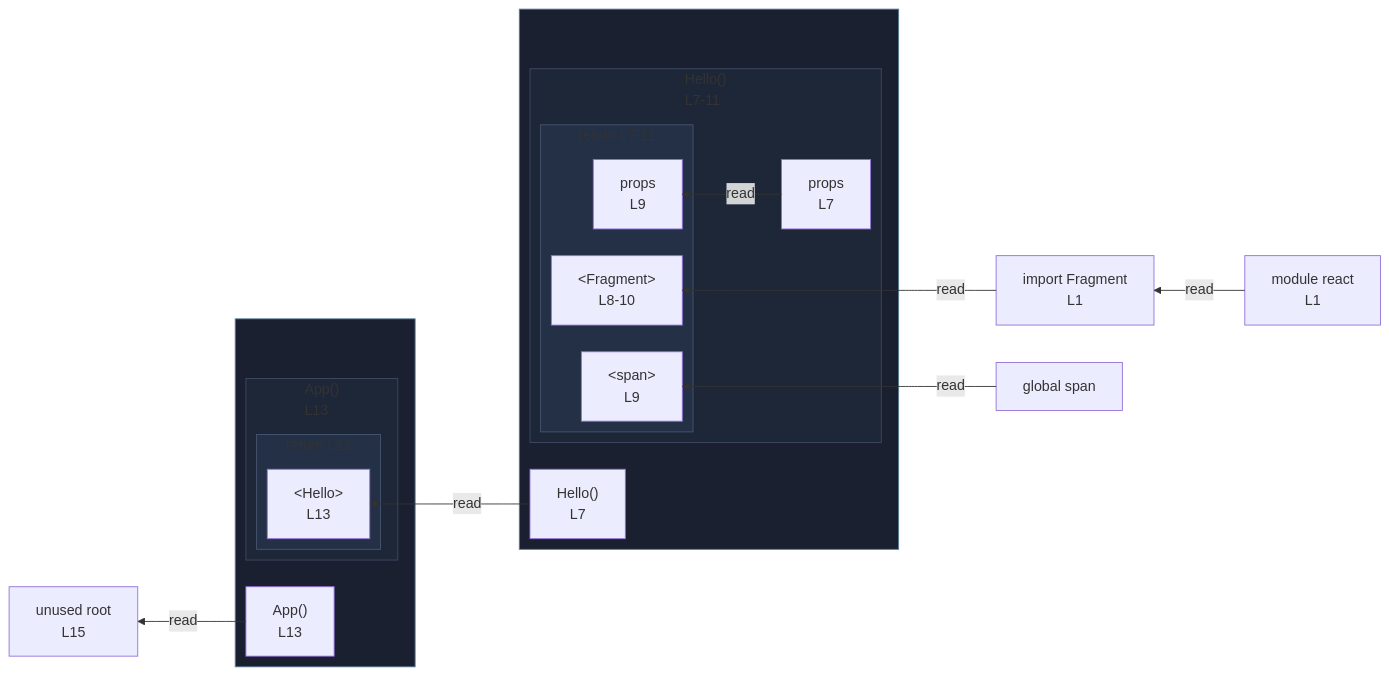
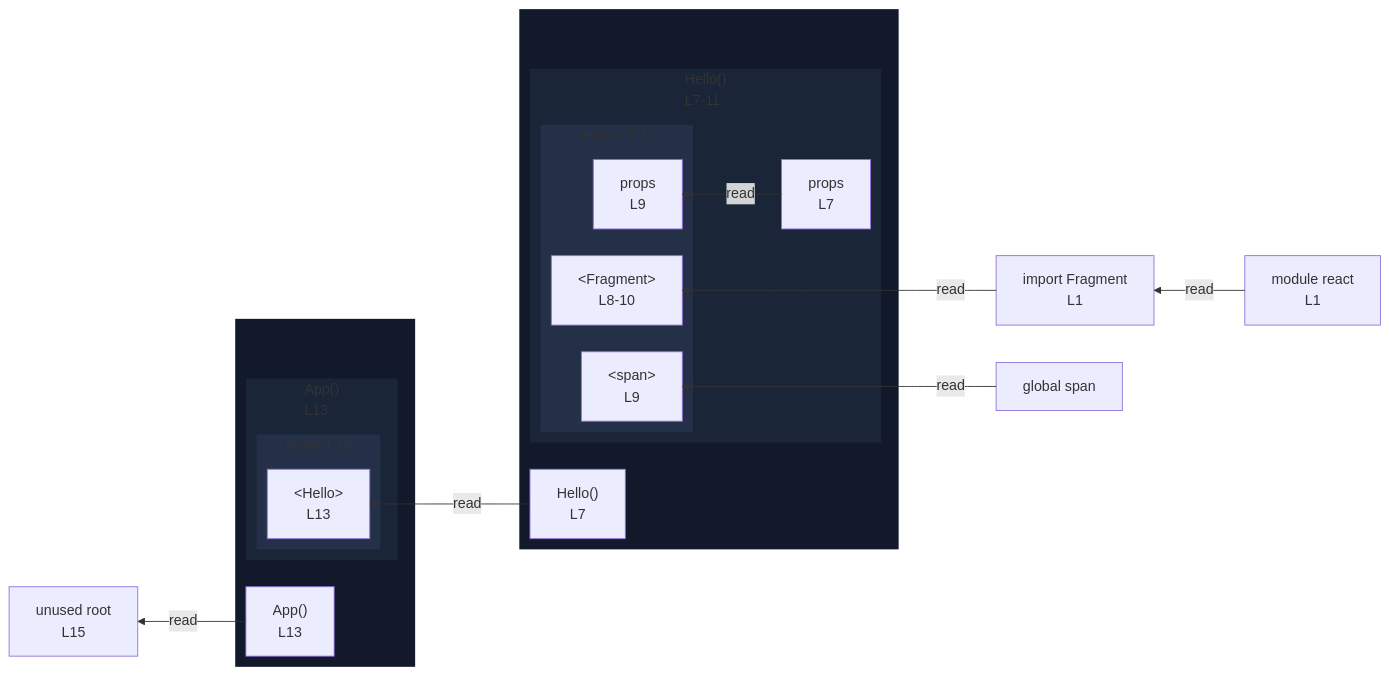
The diagram in integration/fixtures/jsx/component/preview.md (crescware/unsnarl), drawn with Mermaid before and after one commit. The commit also changed 263 other files, not shown here.

First line of the commit message:
Drop fnWrap class and color function wrappers via the nest palette

````diff
--- a/integration/fixtures/jsx/component/preview.md
+++ b/integration/fixtures/jsx/component/preview.md
@@ -25,48 +25,48 @@
 ```mermaid
 %%{init: {"flowchart": {"defaultRenderer": "elk"}}}%%
 flowchart RL
   n_scope_0_Fragment_9["import Fragment<br/>L1"]
   n_scope_0_root_237["unused root<br/>L15"]
   n_scope_0_span_125["global span"]
   subgraph wrap_s_scope_1[" "]
     direction TB
     n_scope_0_Hello_79["Hello()<br/>L7"]
     subgraph s_scope_1["Hello()<br/>L7-11"]
       direction RL
       n_scope_1_props_88["props<br/>L7"]
       subgraph s_return_scope_0_Hello_79_105_187["return L7-11"]
         direction RL
         ret_use_ref_1["&lt;Fragment&gt;<br/>L8-10"]
         ret_use_ref_2["&lt;span&gt;<br/>L9"]
         ret_use_ref_3["props<br/>L9"]
       end
     end
   end
   subgraph wrap_s_scope_2[" "]
     direction TB
     n_scope_0_App_196["App()<br/>L13"]
     subgraph s_scope_2["App()<br/>L13"]
       direction RL
       subgraph s_return_scope_0_App_196_208_228["return L13"]
         direction RL
         ret_use_ref_5["&lt;Hello&gt;<br/>L13"]
       end
     end
   end
   n_scope_0_Fragment_9 -->|read| ret_use_ref_1
   n_scope_0_span_125 -->|read| ret_use_ref_2
   n_scope_1_props_88 -->|read| ret_use_ref_3
   n_scope_0_Hello_79 -->|read| ret_use_ref_5
   n_scope_0_App_196 -->|read| n_scope_0_root_237
   mod_react["module react<br/>L1"]
   mod_react -->|read| n_scope_0_Fragment_9
-  classDef fnWrap fill:#1a2030,stroke:#5a7d99;
-  class wrap_s_scope_1 fnWrap;
-  class wrap_s_scope_2 fnWrap;
-  classDef nestL1 fill:#1e2738,stroke:#3d4a63;
-  class s_scope_1 nestL1;
-  class s_scope_2 nestL1;
-  classDef nestL2 fill:#233045,stroke:#475670;
-  class s_return_scope_0_Hello_79_105_187 nestL2;
-  class s_return_scope_0_App_196_208_228 nestL2;
+  classDef nestL1 fill:#11192a,stroke:transparent;
+  class wrap_s_scope_1 nestL1;
+  class wrap_s_scope_2 nestL1;
+  classDef nestL2 fill:#1a2538,stroke:transparent;
+  class s_scope_1 nestL2;
+  class s_scope_2 nestL2;
+  classDef nestL3 fill:#243047,stroke:transparent;
+  class s_return_scope_0_Hello_79_105_187 nestL3;
+  class s_return_scope_0_App_196_208_228 nestL3;
 ```
````
